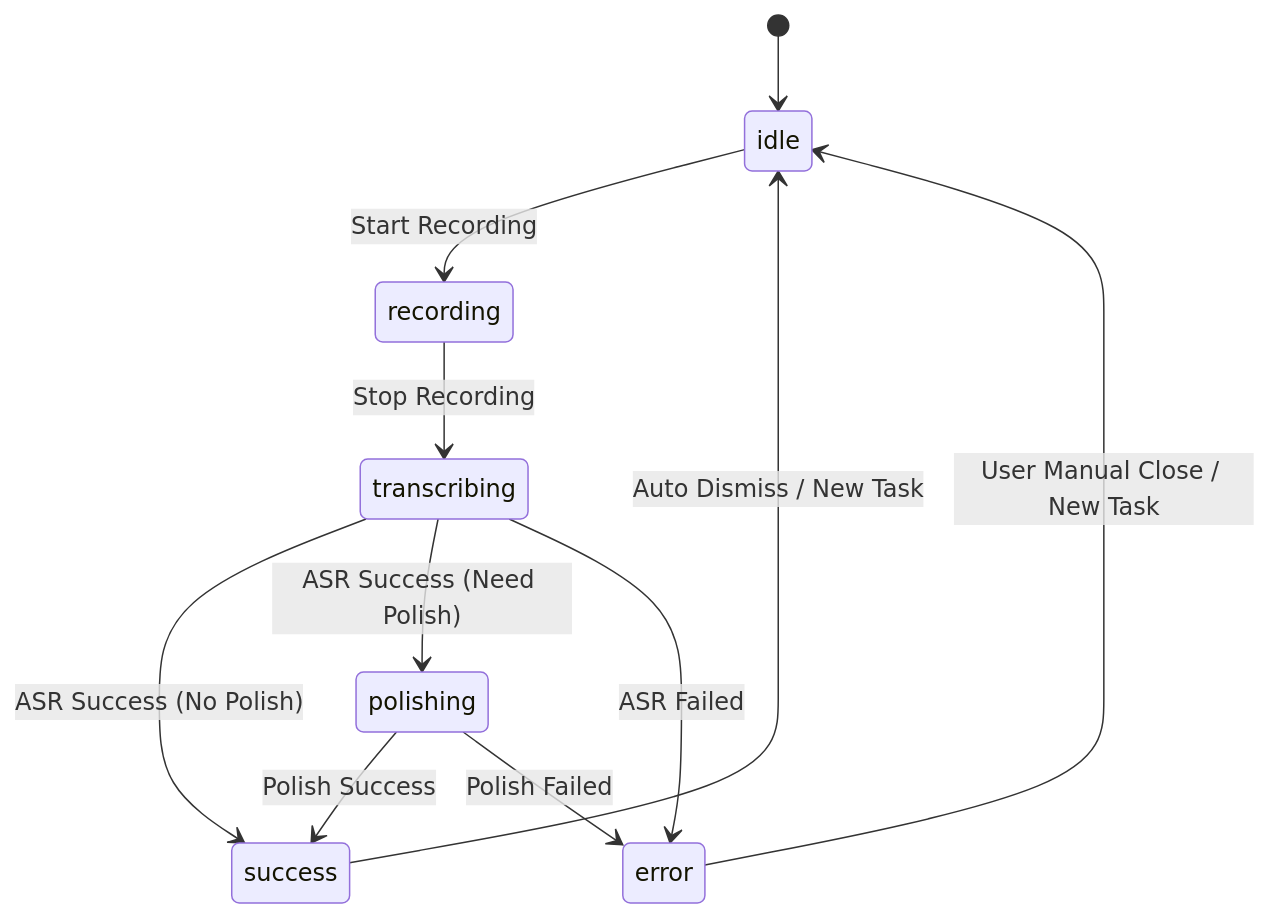
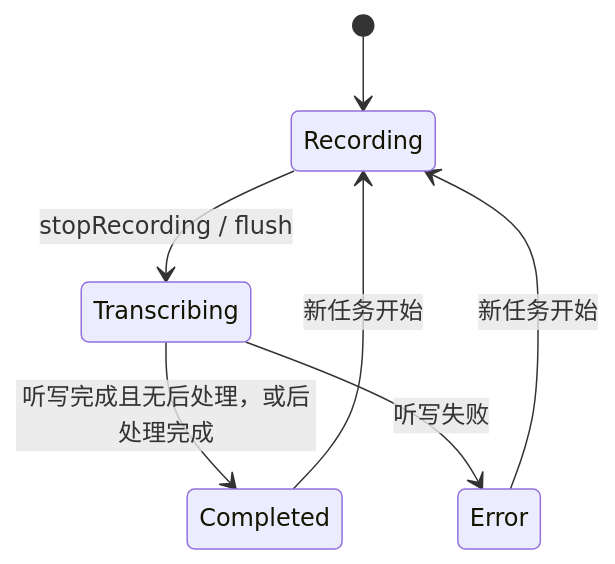
The diagram in core/State-Machines.md (yaktypeinput-bit/YakType-Input-Release), drawn with Mermaid before and after one commit. The commit also changed other lines of this file and 13 other files, not shown here.

````diff
--- a/core/State-Machines.md
+++ b/core/State-Machines.md
@@ -22,16 +40,9 @@
 ```mermaid
 stateDiagram-v2
-    [*] --> idle
-    idle --> recording: Start Recording
-    recording --> transcribing: Stop Recording
-    
-    transcribing --> success: ASR Success (No Polish)
-    transcribing --> polishing: ASR Success (Need Polish)
-    transcribing --> error: ASR Failed
-    
-    polishing --> success: Polish Success
-    polishing --> error: Polish Failed
-    
-    success --> idle: Auto Dismiss / New Task
-    error --> idle: User Manual Close / New Task
+    [*] --> Recording
+    Recording --> Transcribing: stopRecording / flush
+    Transcribing --> Completed: 听写完成且无后处理，或后处理完成
+    Transcribing --> Error: 听写失败
+    Completed --> Recording: 新任务开始
+    Error --> Recording: 新任务开始
 ```
````
